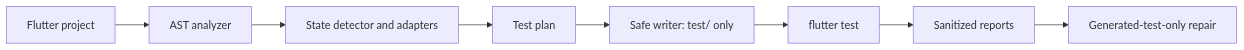
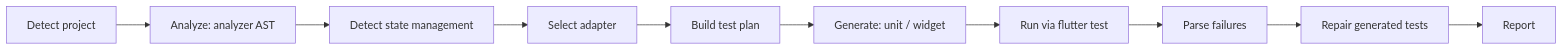
Before and after one commit to Raghavaraju-K/fluttertest_ai: the diagram in README.md, drawn with Mermaid. The commit also changed other lines of this file and 20 other files, not shown here.

First line of the commit message:
Fix unit and widget test generation; release 0.2.0

````diff
--- a/README.md
+++ b/README.md
@@ -163,10 +110,12 @@
 ```mermaid
 flowchart LR
-  A[Flutter project] --> B[AST analyzer]
-  B --> C[State detector and adapters]
-  C --> D[Test plan]
-  D --> E[Safe writer: test/ only]
-  E --> F[flutter test]
-  F --> G[Sanitized reports]
-  G --> H[Generated-test-only repair]
+  A[Detect project] --> B[Analyze: analyzer AST]
+  B --> C[Detect state management]
+  C --> D[Select adapter]
+  D --> E[Build test plan]
+  E --> F[Generate: unit / widget]
+  F --> G[Run via flutter test]
+  G --> H[Parse failures]
+  H --> I[Repair generated tests]
+  I --> J[Report]
 ```
````
